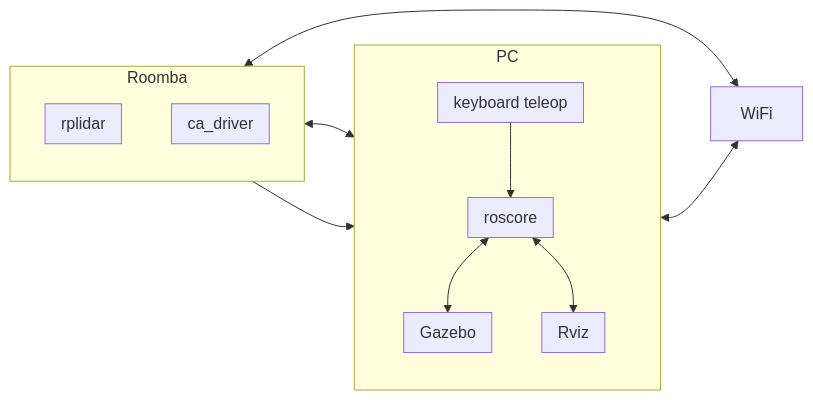
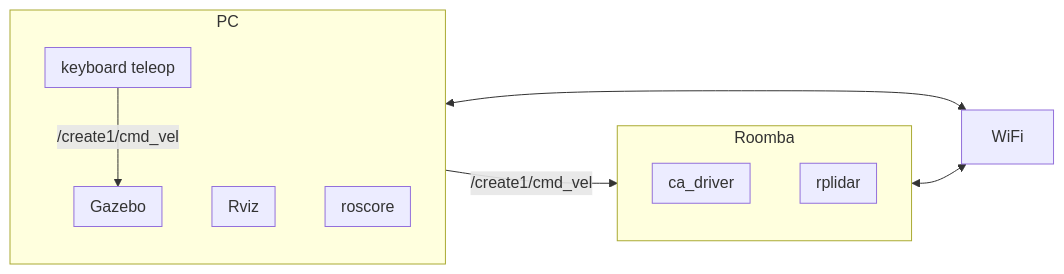
One commit to docofab/RoombaControlls changed the diagram in ROS/instructions/setup-real-roomba-rasppi_3.md. Above: the diagram before and after it, drawn with Mermaid.

Commit message:
Update flowchart

````diff
--- a/ROS/instructions/setup-real-roomba-rasppi_3.md
+++ b/ROS/instructions/setup-real-roomba-rasppi_3.md
@@ -9,34 +9,31 @@
 ```mermaid
 flowchart LR
+  subgraph Roomba
+    direction TB
+    subgraph C2[rplidar]
+        direction BT
+    end
+    subgraph C1[ca_driver]
+        direction RL
+    end
+  end
   subgraph PC
     direction TB
     subgraph B1[roscore]
         direction RL
     end
-    subgraph B2[Gazebo]
+    subgraph B3[Rviz]
         direction BT
     end
-    subgraph B3[Rviz]
+    subgraph B2[Gazebo]
         direction BT
     end
     subgraph B4[keyboard teleop]
         direction BT
     end
   end
-  subgraph Roomba
-    direction TB
-    subgraph C1[ca_driver]
-        direction RL
-    end
-    subgraph C2[rplidar]
-        direction BT
-    end
-  end
-  B1 <--> B2
-  B1 <--> B3
-  B4 --> B1
-  C1 <--> B1
-  C2 --> B1
+  B4 -- /create1/cmd_vel --> B2
+  B4 -- /create1/cmd_vel --> C1
   PC <--> WiFi
   Roomba <--> WiFi
-```
+  ```
````
